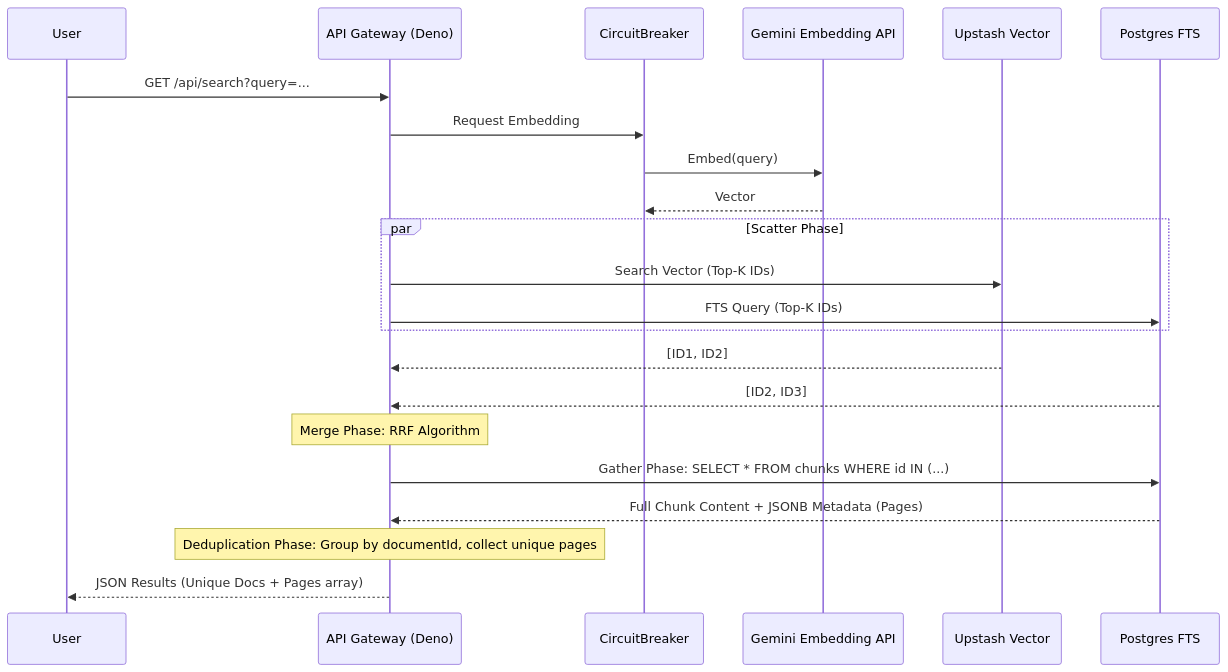
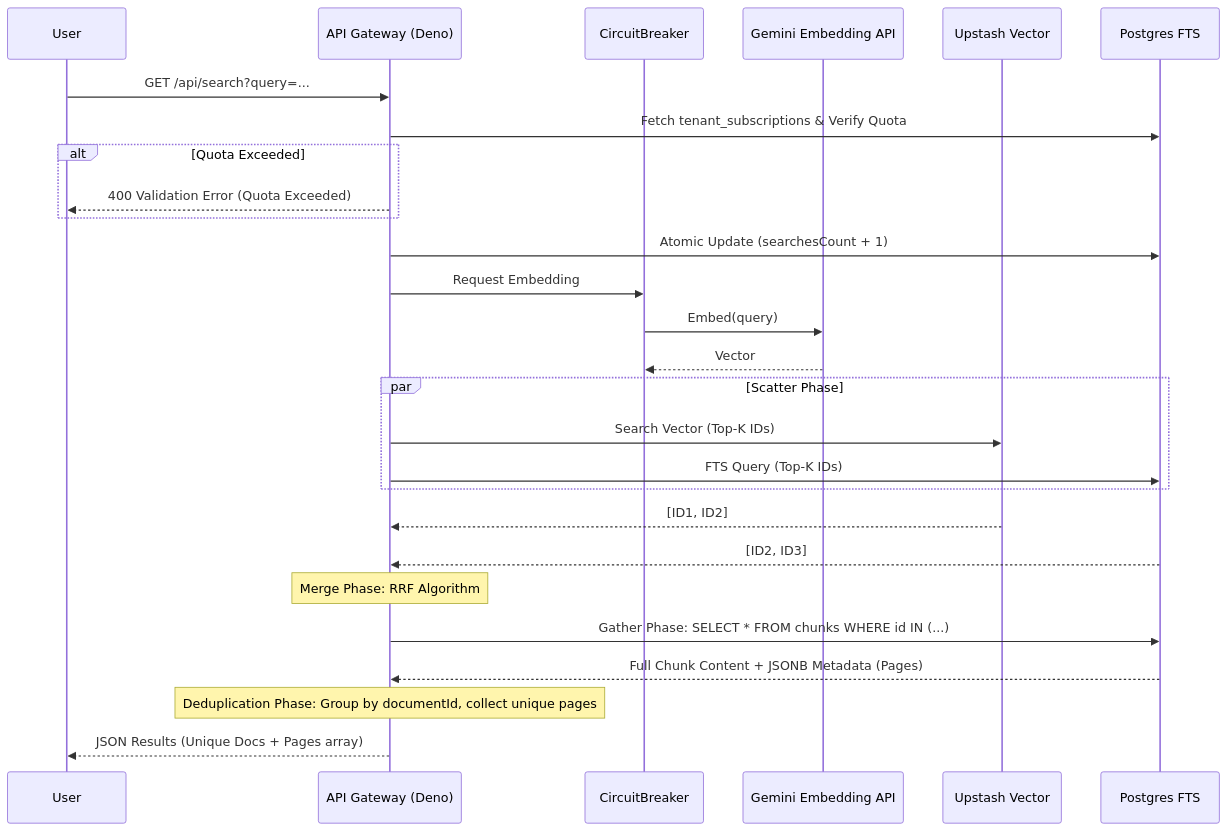
The diagram in docs/features/hybrid-search.md (kanzhamada/Dokyudo), drawn with Mermaid before and after one commit. The commit also changed other lines of this file and 6 other files, not shown here.

````diff
--- a/docs/features/hybrid-search.md
+++ b/docs/features/hybrid-search.md
@@ -14,29 +16,34 @@
 ```mermaid
 sequenceDiagram
     participant User
     participant Gateway as API Gateway (Deno)
     participant CircuitBreaker
     participant LLM as Gemini Embedding API
     participant Upstash as Upstash Vector
     participant DB as Postgres FTS
 
     User->>Gateway: GET /api/search?query=...
+    Gateway->>DB: Fetch tenant_subscriptions & Verify Quota
+    alt Quota Exceeded
+        Gateway-->>User: 400 Validation Error (Quota Exceeded)
+    end
+    Gateway->>DB: Atomic Update (searchesCount + 1)
     Gateway->>CircuitBreaker: Request Embedding
     CircuitBreaker->>LLM: Embed(query)
     LLM-->>CircuitBreaker: Vector
     
     par Scatter Phase
         Gateway->>Upstash: Search Vector (Top-K IDs)
         Gateway->>DB: FTS Query (Top-K IDs)
     end
     
     Upstash-->>Gateway: [ID1, ID2]
     DB-->>Gateway: [ID2, ID3]
     
     Note over Gateway: Merge Phase: RRF Algorithm
     
     Gateway->>DB: Gather Phase: SELECT * FROM chunks WHERE id IN (...)
     DB-->>Gateway: Full Chunk Content + JSONB Metadata (Pages)
     Note over Gateway: Deduplication Phase: Group by documentId, collect unique pages
     Gateway-->>User: JSON Results (Unique Docs + Pages array)
 ```
````
